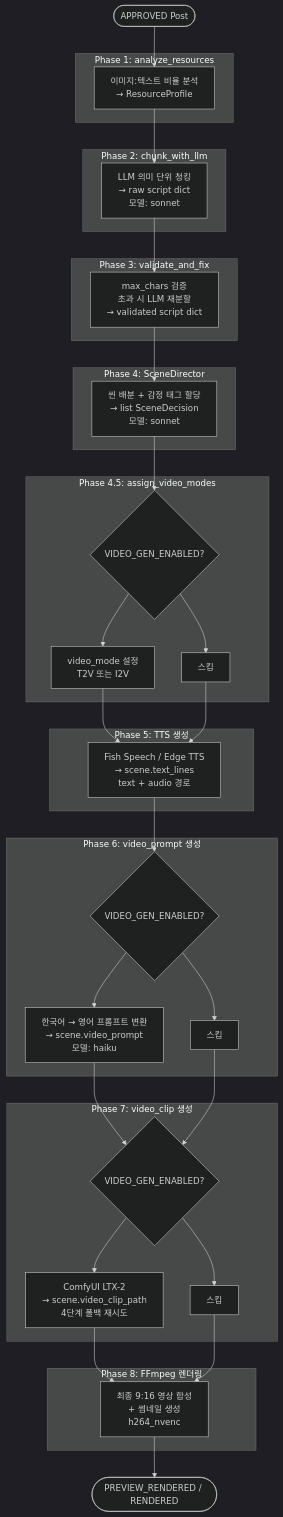
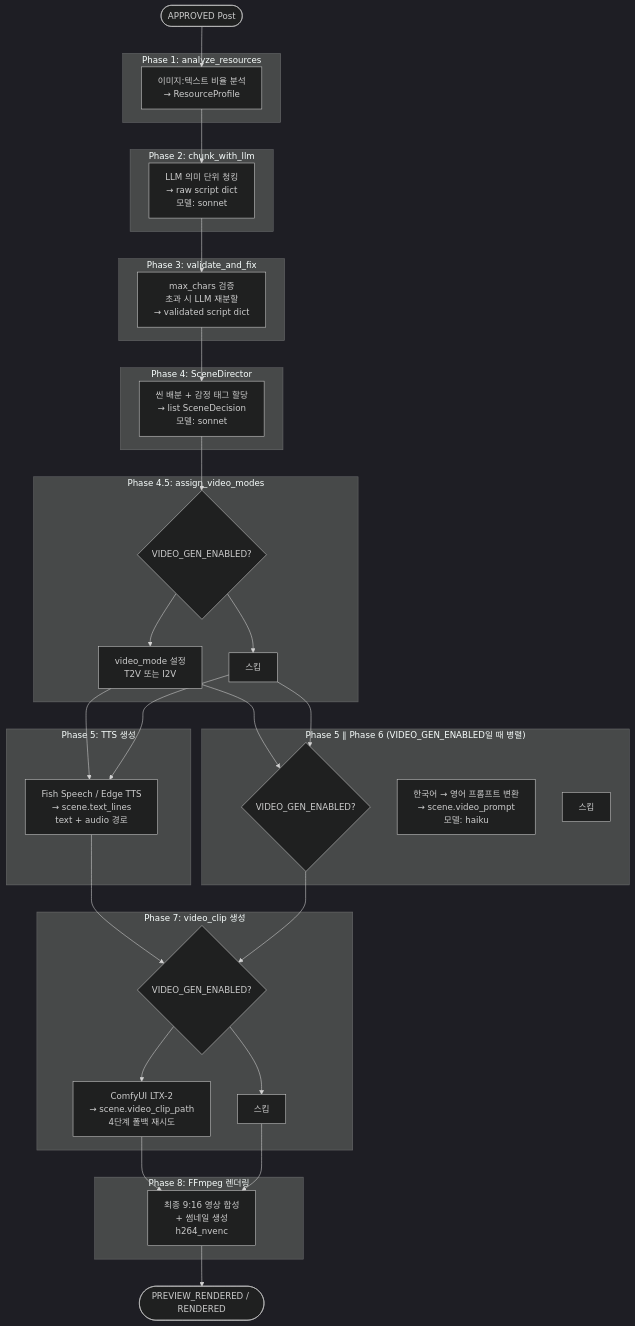
One commit to Justant-source/WaggleBot changed the first of 4 diagrams in docs/pipeline.md. Above: the diagram before and after it, drawn with Mermaid (dark theme). The commit also changed other lines of this file and 6 other files, not shown here.

````diff
--- a/docs/pipeline.md
+++ b/docs/pipeline.md
@@ -9,57 +9,56 @@
 ```mermaid
 flowchart TD
     START([APPROVED Post]) --> P1
 
     subgraph Phase1["Phase 1: analyze_resources"]
         P1[이미지:텍스트 비율 분석<br/>→ ResourceProfile]
     end
 
     subgraph Phase2["Phase 2: chunk_with_llm"]
         P2[LLM 의미 단위 청킹<br/>→ raw script dict<br/>모델: sonnet]
     end
 
     subgraph Phase3["Phase 3: validate_and_fix"]
         P3[max_chars 검증<br/>초과 시 LLM 재분할<br/>→ validated script dict]
     end
 
     subgraph Phase4["Phase 4: SceneDirector"]
         P4[씬 배분 + 감정 태그 할당<br/>→ list SceneDecision<br/>모델: sonnet]
     end
 
     subgraph Phase45["Phase 4.5: assign_video_modes"]
         P45{VIDEO_GEN_ENABLED?}
         P45Y[video_mode 설정<br/>T2V 또는 I2V]
         P45N[스킵]
     end
 
     subgraph Phase5["Phase 5: TTS 생성"]
         P5[Fish Speech / Edge TTS<br/>→ scene.text_lines<br/>text + audio 경로]
     end
 
-    subgraph Phase6["Phase 6: video_prompt 생성"]
+    subgraph Phase56["Phase 5 ∥ Phase 6 (VIDEO_GEN_ENABLED일 때 병렬)"]
         P6{VIDEO_GEN_ENABLED?}
         P6Y[한국어 → 영어 프롬프트 변환<br/>→ scene.video_prompt<br/>모델: haiku]
         P6N[스킵]
     end
 
     subgraph Phase7["Phase 7: video_clip 생성"]
         P7{VIDEO_GEN_ENABLED?}
         P7Y[ComfyUI LTX-2<br/>→ scene.video_clip_path<br/>4단계 폴백 재시도]
         P7N[스킵]
     end
 
     subgraph Phase8["Phase 8: FFmpeg 렌더링"]
         P8[최종 9:16 영상 합성<br/>+ 썸네일 생성<br/>h264_nvenc]
     end
 
     END([PREVIEW_RENDERED / RENDERED])
 
     P1 --> P2 --> P3 --> P4 --> P45
     P45 --> P45Y & P45N
     P45Y & P45N --> P5
-    P5 --> P6
-    P6 --> P6Y & P6N
-    P6Y & P6N --> P7
+    P45Y & P45N --> P6
+    P5 & P6 --> P7
     P7 --> P7Y & P7N
     P7Y & P7N --> P8 --> END
 ```
````
